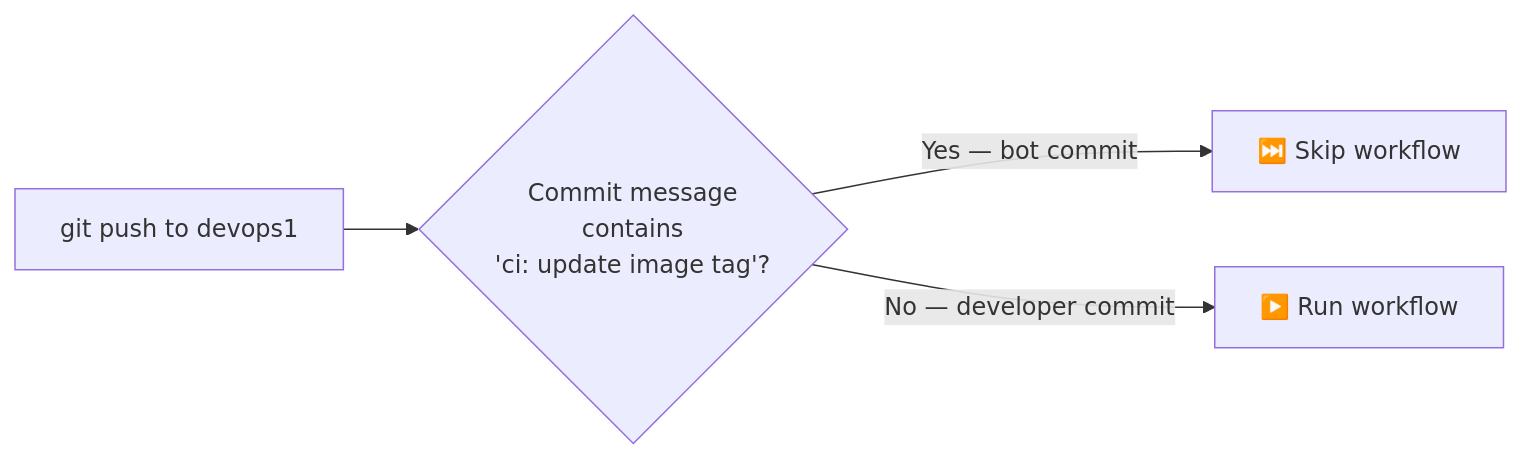
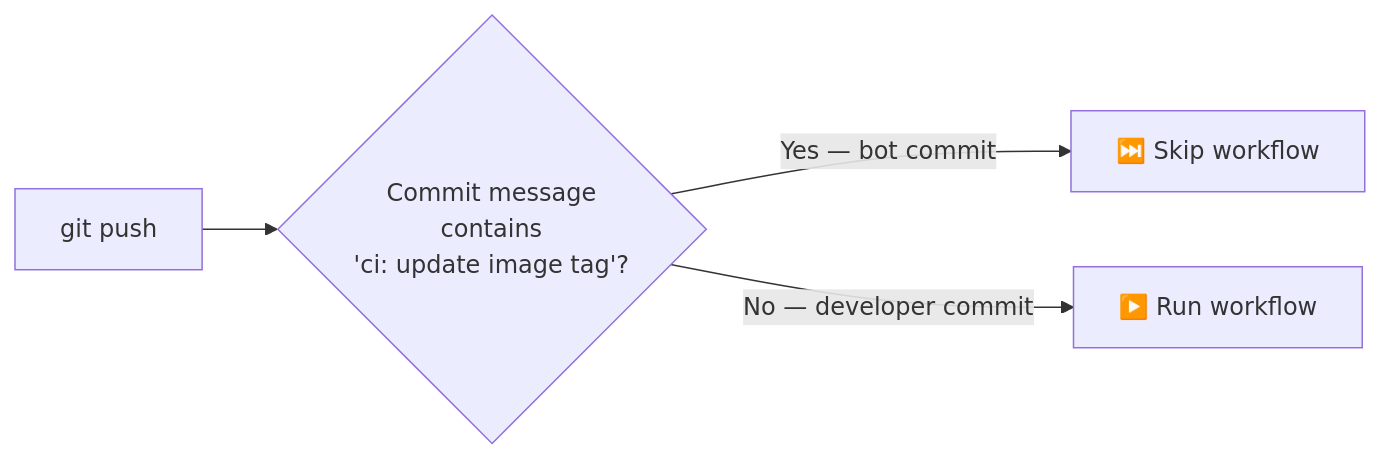
Before and after one commit to kien-devops/cicd-ecr-kube-ec2-gitaction: the second of 2 diagrams in .github/workflows/README.md, drawn with Mermaid. The commit also changed other lines of this file and 9 other files, not shown here.

Commit message:
docs: revamp all README files with badges, diagrams, and structured sections

````diff
--- a/.github/workflows/README.md
+++ b/.github/workflows/README.md
@@ -86,6 +45,6 @@
 ```mermaid
 flowchart LR
-    Push[git push to devops1] --> Check{Commit message\ncontains\n'ci: update image tag'?}
+    Push[git push] --> Check{Commit message\ncontains\n'ci: update image tag'?}
     Check -->|Yes — bot commit| Skip[⏭️ Skip workflow]
     Check -->|No — developer commit| Run[▶️ Run workflow]
 ```
````
